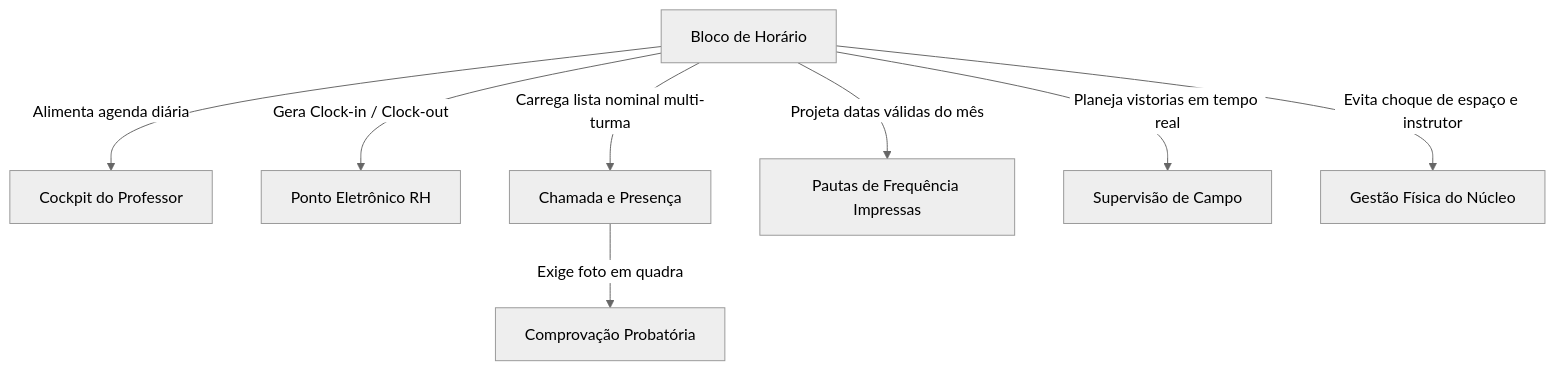
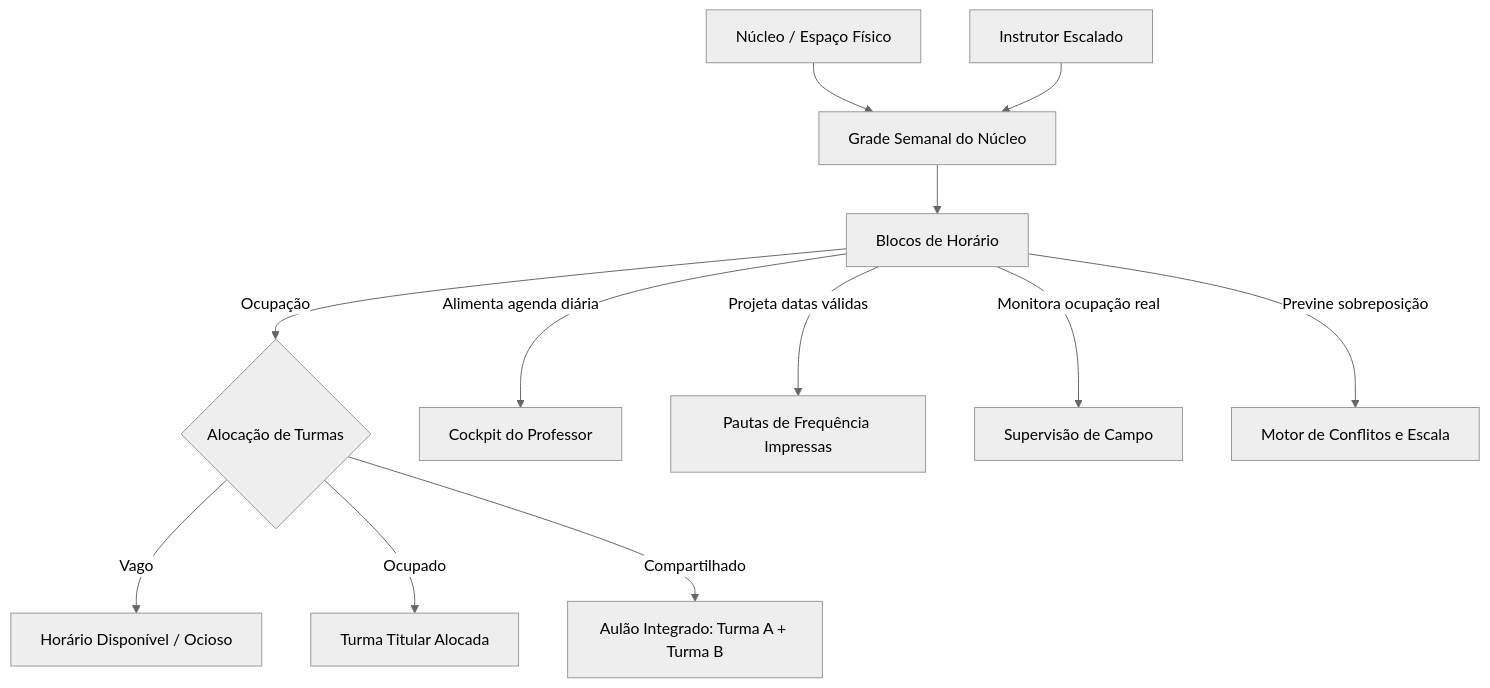
The first of 3 diagrams in planos_de_implementacao/agendamento_planejamento_temporal/plano_mestre_agendamento.md (andorinhaempreendimentos/beneficiarios), drawn with Mermaid (neutral theme) before and after one commit. The commit also changed other lines of this file and 9 other files, not shown here.

Commit message:
feat(agendamento): grade centrada no nucleo, alocacao de turmas, repeticao inteligente e prevencao de choques

````diff
--- a/planos_de_implementacao/agendamento_planejamento_temporal/plano_mestre_agendamento.md
+++ b/planos_de_implementacao/agendamento_planejamento_temporal/plano_mestre_agendamento.md
@@ -27,10 +40,14 @@
 ```mermaid
 flowchart TD
-    BL[Bloco de Horário] -->|Alimenta agenda diária| CK[Cockpit do Professor]
-    BL -->|Gera Clock-in / Clock-out| PT[Ponto Eletrônico RH]
-    BL -->|Carrega lista nominal multi-turma| CH[Chamada e Presença]
-    CH -->|Exige foto em quadra| CP[Comprovação Probatória]
-    BL -->|Projeta datas válidas do mês| PF[Pautas de Frequência Impressas]
-    BL -->|Planeja vistorias em tempo real| SV[Supervisão de Campo]
-    BL -->|Evita choque de espaço e instrutor| NC[Gestão Física do Núcleo]
+    NC[Núcleo / Espaço Físico] --> GN[Grade Semanal do Núcleo]
+    PF[Instrutor Escalado] --> GN
+    GN --> BL[Blocos de Horário]
+    BL -->|Ocupação| AL{Alocação de Turmas}
+    AL -->|Vago| VA[Horário Disponível / Ocioso]
+    AL -->|Ocupado| TU[Turma Titular Alocada]
+    AL -->|Compartilhado| CJ[Aulão Integrado: Turma A + Turma B]
+    BL -->|Alimenta agenda diária| CK[Cockpit do Professor]
+    BL -->|Projeta datas válidas| PFREQ[Pautas de Frequência Impressas]
+    BL -->|Monitora ocupação real| SV[Supervisão de Campo]
+    BL -->|Previne sobreposição| MC[Motor de Conflitos e Escala]
 ```
````
